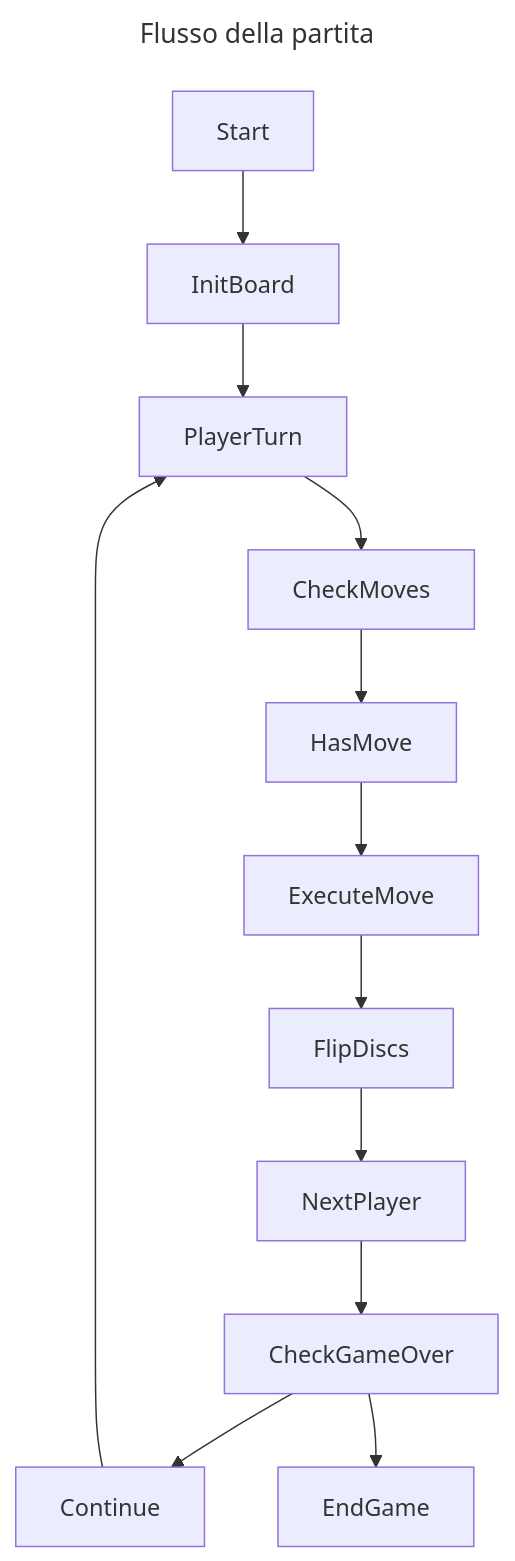
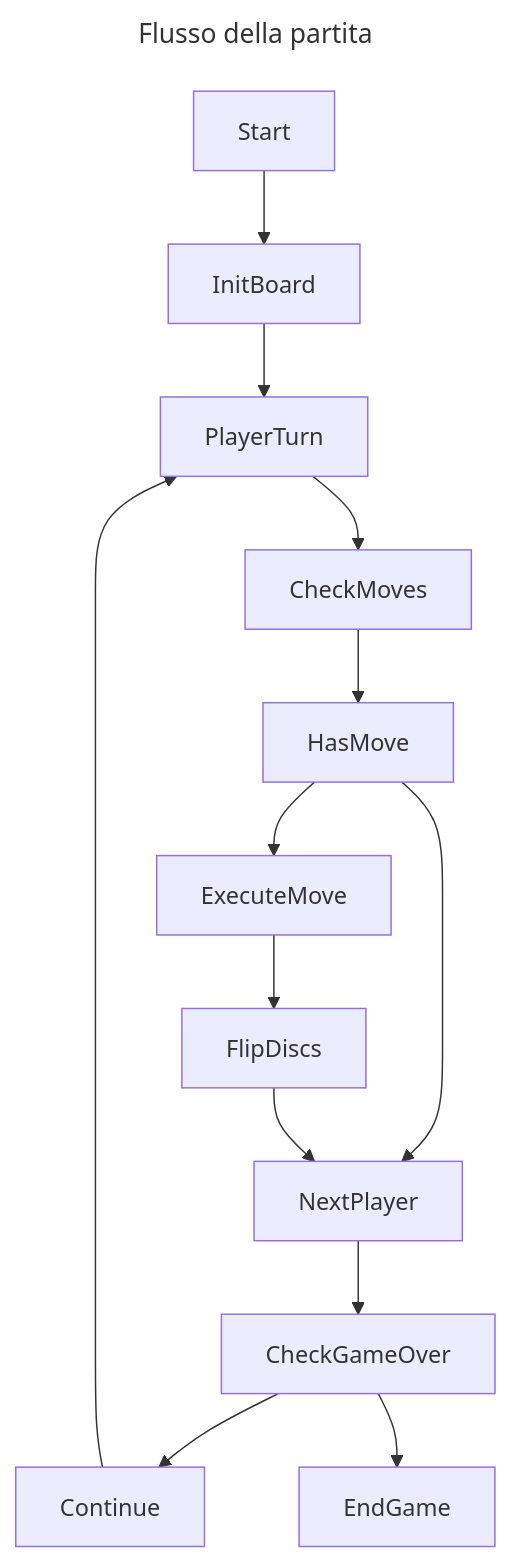
Before and after one commit to Borgotto/PPS-25-scalatello: the second of 2 diagrams in docs/report/3-requirements.md, drawn with Mermaid.

Commit message:
Fix match flow diagram in requirements
amend missing piece in the Flow diagram added in commit 0261013629742c21fcbc23d70d60225598051a36

````diff
--- a/docs/report/3-requirements.md
+++ b/docs/report/3-requirements.md
@@ -73,22 +73,23 @@
 ```mermaid
 ---
 title: Flusso della partita
 ---
 flowchart TD
 
 Start --> InitBoard
 InitBoard --> PlayerTurn
 PlayerTurn --> CheckMoves
 
 CheckMoves --> HasMove
 HasMove --> ExecuteMove
+HasMove --> NextPlayer
 ExecuteMove --> FlipDiscs
 FlipDiscs --> NextPlayer
 
 NextPlayer --> CheckGameOver
 
 CheckGameOver --> Continue
 Continue --> PlayerTurn
 
 CheckGameOver --> EndGame
 ```
````
